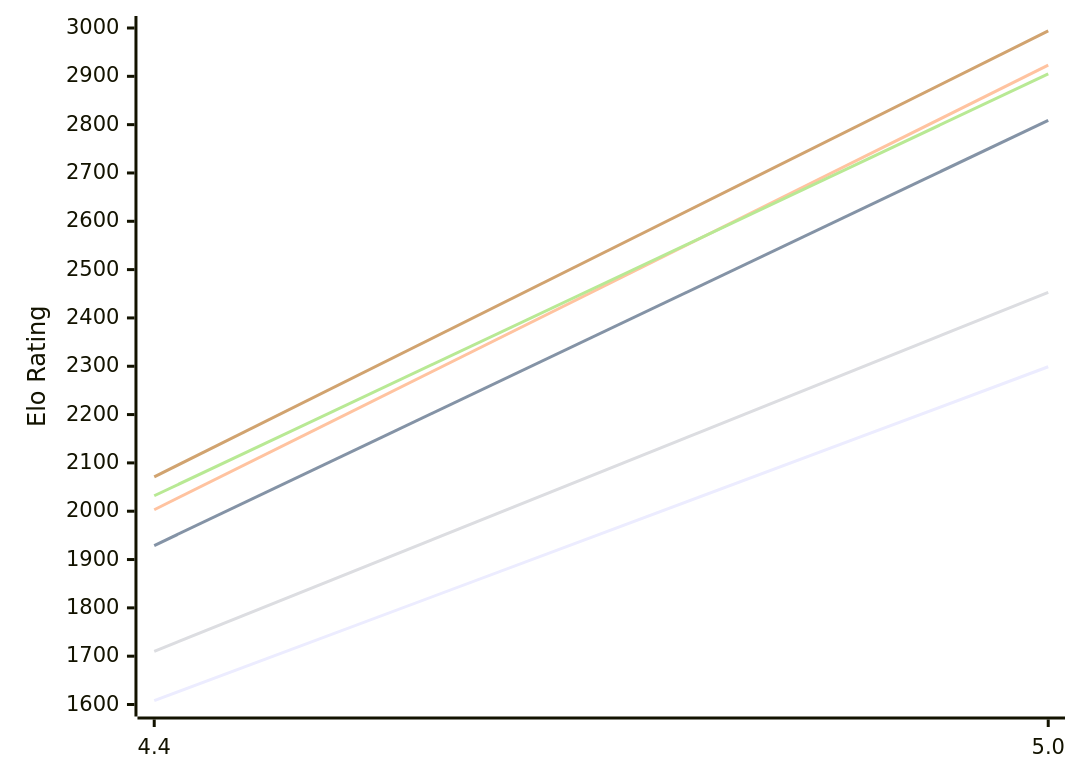
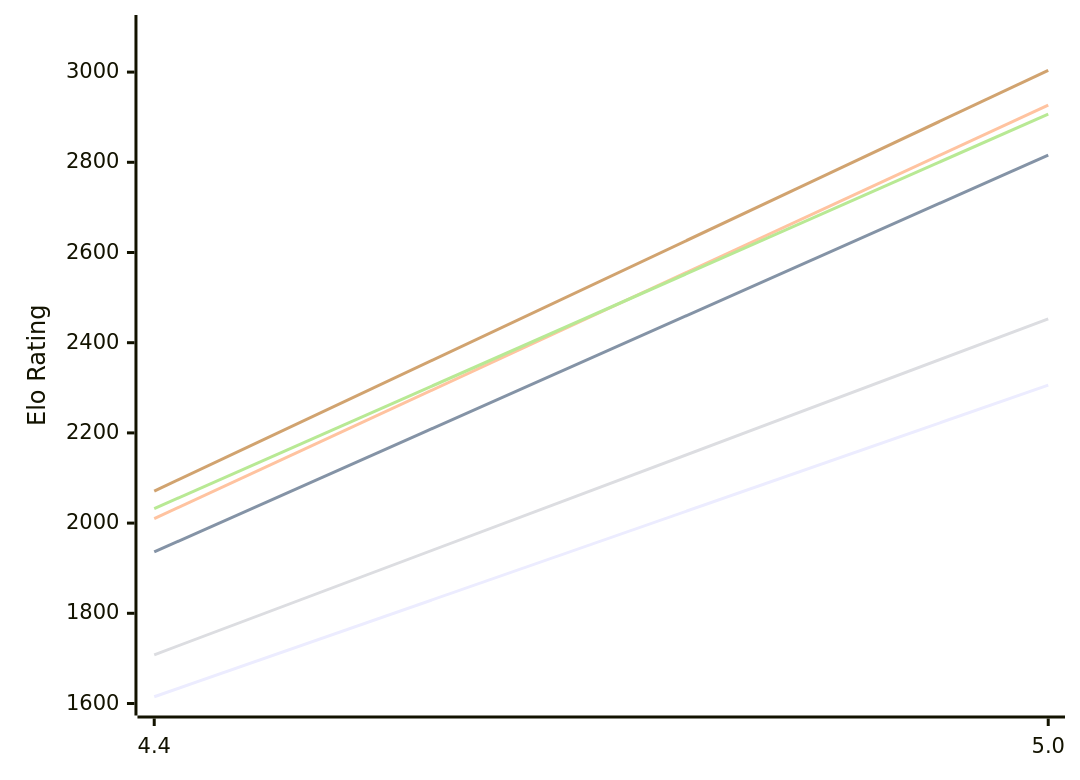
Before and after one commit to computer-chess-index/cci: the first of 2 diagrams in engines/Radiance.md, drawn with Mermaid. The commit also changed other lines of this file, not shown here.

Commit message:
Update CCI Ratings (ELO VLTC) - 2026-11-10

````diff
--- a/engines/Radiance.md
+++ b/engines/Radiance.md
@@ -51,12 +51,12 @@
 ```mermaid
 %%{init: {"theme":"base","themeVariables":{"seriesColors:['#a3a3a3','#222221','#faa371']}}}%%
 xychart-beta
   x-axis ["4.4", "5.0"]
-  y-axis "Elo Rating" 1600 --> 3000
-  line "E1: STC (8.0+0.08s)" [1608, 2299]
-  line "E1: LTC (60.0+0.60s)" [1929, 2809]
-  line "E1: VLTC (2m24s+1.12s)" [2003, 2923]
-  line "P1: STC (8.0+0.08s)" [1710, 2453]
-  line "P1: LTC (60.0+0.60s)" [2032, 2905]
-  line "P1: VLTC (2m24s+1.12s)" [2071, 2994]
+  y-axis "Elo Rating" 1600 --> 3100
+  line "E1: STC (8.0+0.08s)" [1615, 2306]
+  line "E1: LTC (60.0+0.60s)" [1936, 2816]
+  line "E1: VLTC (2m24s+1.12s)" [2010, 2927]
+  line "P1: STC (8.0+0.08s)" [1708, 2453]
+  line "P1: LTC (60.0+0.60s)" [2032, 2907]
+  line "P1: VLTC (2m24s+1.12s)" [2071, 3004]
 ```
````
